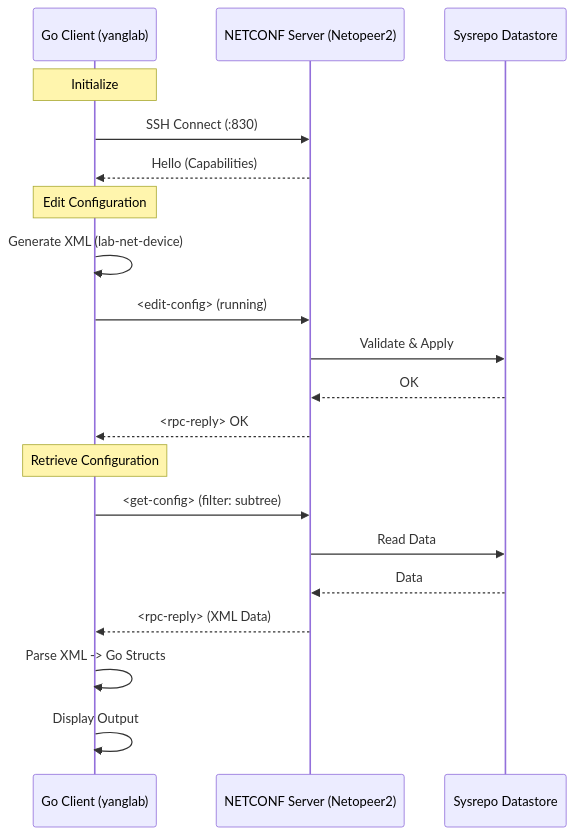
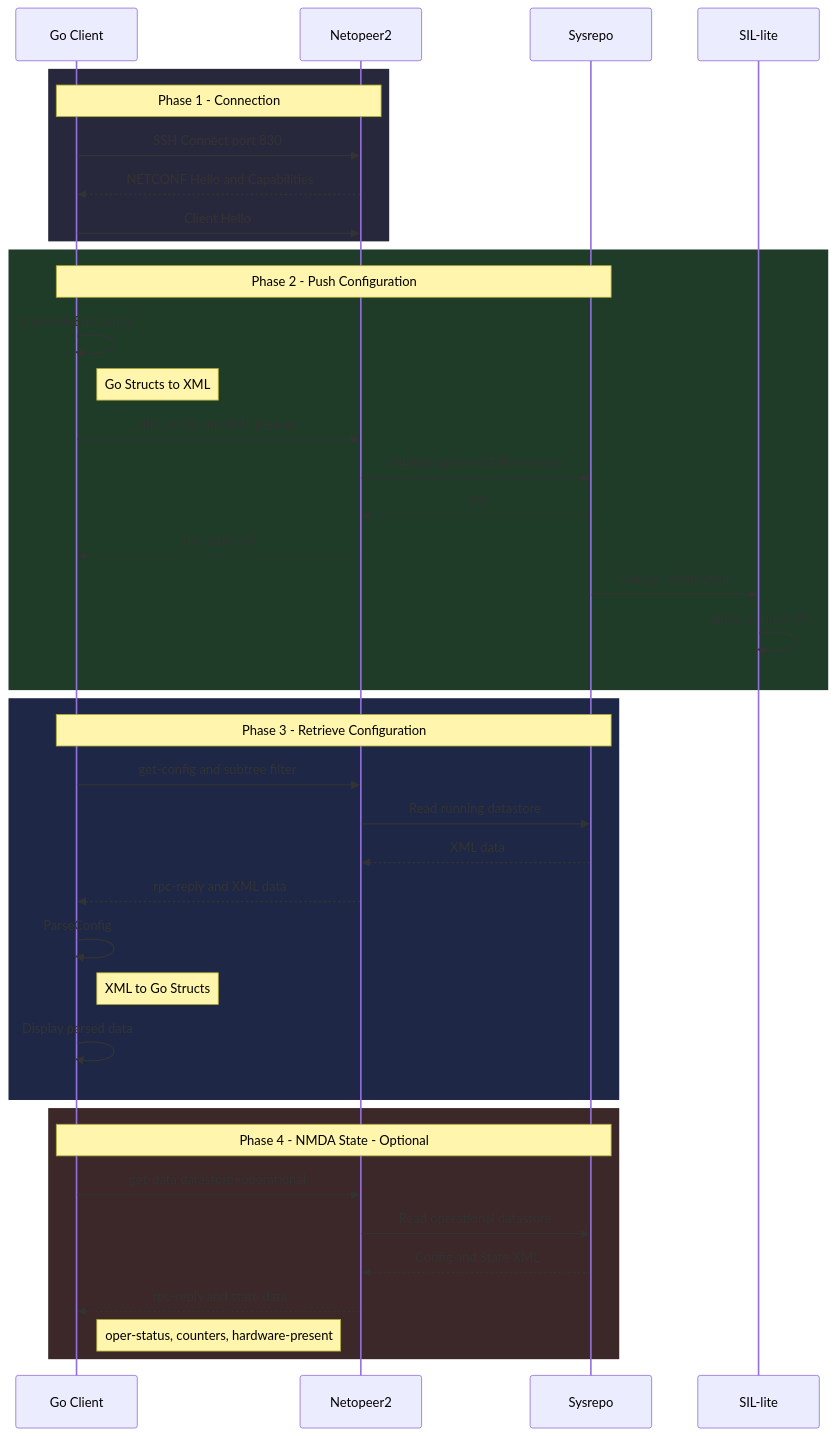
Before and after one commit to YasinEnginn/yang-demo: the third of 4 diagrams in README.md, drawn with Mermaid. The commit also changed other lines of this file and 16 other files, not shown here.

Commit message:
Final cleanup: Fix YANG RFC 8407 compliance, resolve XML parsing error by excluding interfaces from Get-Config, rewrite README with comprehensive Mermaid diagrams, and clean up dead code.

````diff
--- a/README.md
+++ b/README.md
@@ -37,25 +161,46 @@
 ```mermaid
 sequenceDiagram
-    participant CLI as Go Client (yanglab)
-    participant NC as NETCONF Server (Netopeer2)
-    participant DS as Sysrepo Datastore
+    participant CLI as Go Client
+    participant NC as Netopeer2
+    participant SR as Sysrepo
+    participant SIL as SIL-lite
 
-    Note over CLI: Initialize
-    CLI->>NC: SSH Connect (:830)
-    NC-->>CLI: Hello (Capabilities)
+    rect rgb(40, 40, 60)
+    Note over CLI,NC: Phase 1 - Connection
+    CLI->>NC: SSH Connect port 830
+    NC-->>CLI: NETCONF Hello and Capabilities
+    CLI->>NC: Client Hello
+    end
 
-    Note over CLI: Edit Configuration
-    CLI->>CLI: Generate XML (lab-net-device)
-    CLI->>NC: <edit-config> (running)
-    NC->>DS: Validate & Apply
-    DS-->>NC: OK
-    NC-->>CLI: <rpc-reply> OK
+    rect rgb(30, 60, 40)
+    Note over CLI,SR: Phase 2 - Push Configuration
+    CLI->>CLI: GenerateEditConfig
+    Note right of CLI: Go Structs to XML
+    CLI->>NC: edit-config and XML payload
+    NC->>SR: Validate against YANG schema
+    SR-->>NC: OK
+    NC-->>CLI: rpc-reply OK
+    SR->>SIL: Change notification
+    SIL->>SIL: Apply to Linux OS
+    end
 
-    Note over CLI: Retrieve Configuration
-    CLI->>NC: <get-config> (filter: subtree)
-    NC->>DS: Read Data
-    DS-->>NC: Data
-    NC-->>CLI: <rpc-reply> (XML Data)
-    CLI->>CLI: Parse XML -> Go Structs
-    CLI->>CLI: Display Output
+    rect rgb(30, 40, 70)
+    Note over CLI,SR: Phase 3 - Retrieve Configuration
+    CLI->>NC: get-config and subtree filter
+    NC->>SR: Read running datastore
+    SR-->>NC: XML data
+    NC-->>CLI: rpc-reply and XML data
+    CLI->>CLI: ParseConfig
+    Note right of CLI: XML to Go Structs
+    CLI->>CLI: Display parsed data
+    end
+
+    rect rgb(60, 40, 40)
+    Note over CLI,SR: Phase 4 - NMDA State - Optional
+    CLI->>NC: get-data datastore=operational
+    NC->>SR: Read operational datastore
+    SR-->>NC: Config and State XML
+    NC-->>CLI: rpc-reply and state data
+    Note right of CLI: oper-status, counters, hardware-present
+    end
 ```
````
